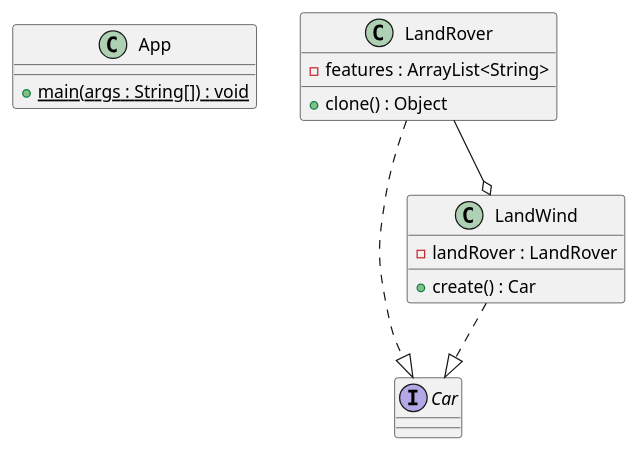
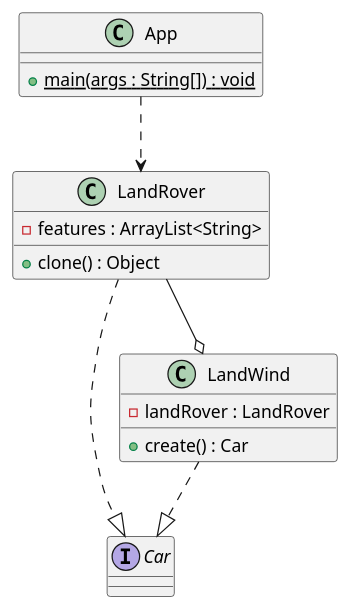
One commit to bsyonline/microlabs changed the diagram in design-pattern/src/main/java/com/rolex/microlabs/creational/prototype/uml/prototype.puml. Above: the diagram before and after it, drawn with PlantUML.

Commit message:
prototype

```diff
--- a/design-pattern/src/main/java/com/rolex/microlabs/creational/prototype/uml/prototype.puml
+++ b/design-pattern/src/main/java/com/rolex/microlabs/creational/prototype/uml/prototype.puml
@@ -1,23 +1,24 @@
 @startuml
 
 class App {
     + main(args : String[]) {static} : void
 }
 
 interface Car
 
 class LandRover {
     - features : ArrayList<String>
     + clone() : Object
 }
 
 class LandWind {
     - landRover : LandRover
     + create() : Car
 }
 
 LandRover ..|> Car
 LandWind ..|> Car
 LandRover --o LandWind
+App ..> LandRover
 
 @enduml
```
